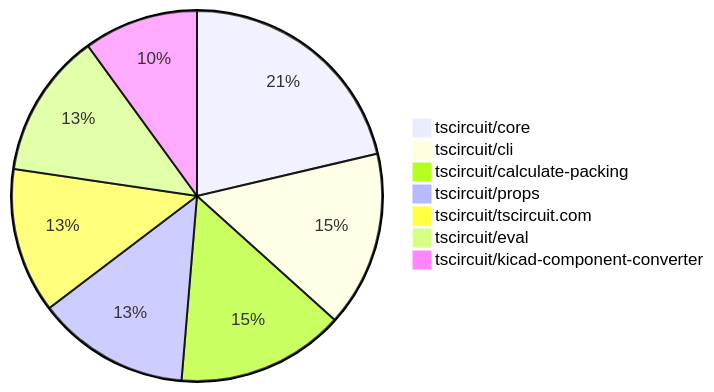
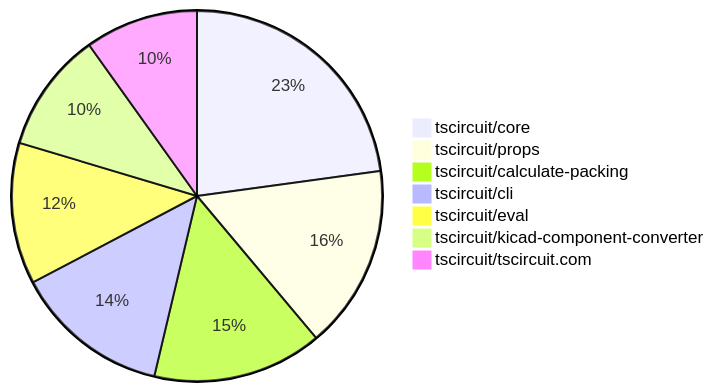
Before and after one commit to tscircuit/contribution-tracker: the second of 2 diagrams in README.md, drawn with Mermaid. The commit also changed other lines of this file and 3 other files, not shown here.

````diff
--- a/README.md
+++ b/README.md
@@ -122,10 +129,10 @@
 ```mermaid
 pie
-    "tscircuit/core" : 32
-    "tscircuit/cli" : 23
-    "tscircuit/calculate-packing" : 22
-    "tscircuit/props" : 20
-    "tscircuit/tscircuit.com" : 19
-    "tscircuit/eval" : 19
-    "tscircuit/kicad-component-converter" : 15
+    "tscircuit/core" : 37
+    "tscircuit/props" : 26
+    "tscircuit/calculate-packing" : 24
+    "tscircuit/cli" : 22
+    "tscircuit/eval" : 20
+    "tscircuit/kicad-component-converter" : 17
+    "tscircuit/tscircuit.com" : 16
 ```
````
